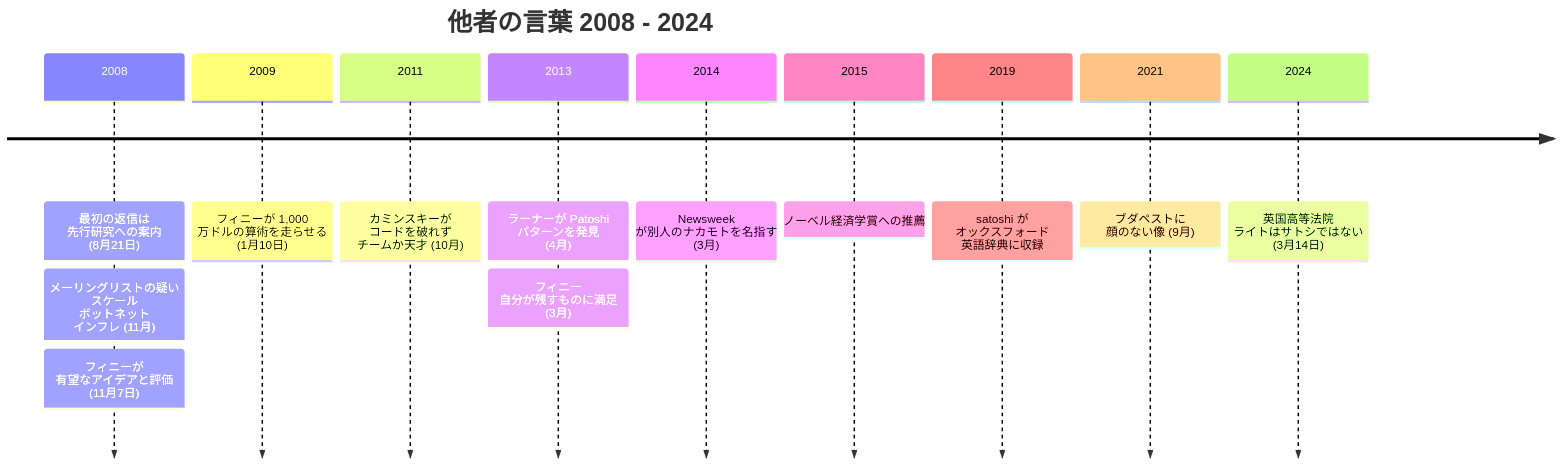
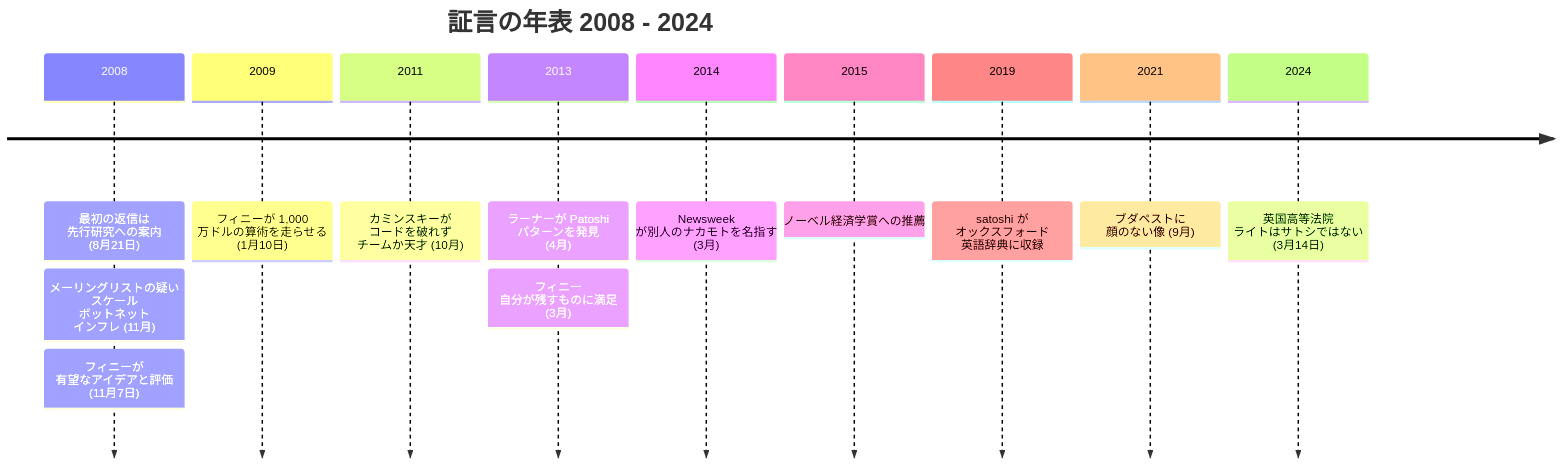
One commit to cypher256/BitcoinArchive changed the diagram in src/data/translations/ja/analysis/2008-08-21-what-they-said-about-satoshi.md. Above: the diagram before and after it, drawn with Mermaid.

Commit message:
Fix unnatural mermaid title on the Satoshi-testimonials JA page
The timeline title "other's words" read as an abstract noun phrase
lifted straight from body prose, where it works as part of a full
sentence but not as a standalone diagram caption. Retitled to name
what the diagram actually is -- a chronology of testimonies -- since
the timeline's own data already spans the whole page, sections 1-5.

````diff
--- a/src/data/translations/ja/analysis/2008-08-21-what-they-said-about-satoshi.md
+++ b/src/data/translations/ja/analysis/2008-08-21-what-they-said-about-satoshi.md
@@ -233,25 +233,25 @@
 ```mermaid
 timeline
-    title 他者の言葉 2008 - 2024
+    title 証言の年表 2008 - 2024
     2008 : 最初の返信は 先行研究への案内 (8月21日)
     %% link: /BitcoinArchive/ja/entries/correspondence/adam-back/2008-08-21-adam-back-to-satoshi-b-money-pointer/
          : メーリングリストの疑い スケール ボットネット インフレ (11月)
     %% link: /BitcoinArchive/ja/entries/emails/cryptography/bitcoin-p2p-e-cash-paper/2008-11-01-re-bitcoin-p2p-e-cash-paper-donald/
          : フィニーが 有望なアイデアと評価 (11月7日)
     %% link: /BitcoinArchive/ja/entries/emails/cryptography/bitcoin-p2p-e-cash-paper/2008-11-07-re-bitcoin-p2p-e-cash-paper-finney/
     2009 : フィニーが 1,000 万ドルの算術を走らせる (1月10日)
     %% link: /BitcoinArchive/ja/entries/emails/cryptography/bitcoin-v0-1-released/2009-01-10-re-bitcoin-v0-1-released-finney/
     2011 : カミンスキーが コードを破れず チームか天才 (10月)
     %% link: /BitcoinArchive/ja/entries/aftermath/2011-10-10-dan-kaminsky-bitcoin-security/
     2013 : ラーナーが Patoshi パターンを発見 (4月)
     %% link: /BitcoinArchive/ja/entries/aftermath/2013-04-17-sergio-lerner-patoshi-analysis/
          : フィニー 自分が残すものに満足 (3月)
     %% link: /BitcoinArchive/ja/entries/aftermath/2013-03-19-bitcoin-and-me-hal-finney/
     2014 : Newsweek が別人のナカモトを名指す (3月)
     %% link: /BitcoinArchive/ja/entries/aftermath/2014-03-06-newsweek-dorian-nakamoto/
     2015 : ノーベル経済学賞への推薦
     2019 : satoshi が オックスフォード 英語辞典に収録
     2021 : ブダペストに 顔のない像 (9月)
     2024 : 英国高等法院 ライトはサトシではない (3月14日)
     %% link: /BitcoinArchive/ja/entries/aftermath/2024-03-14-copa-v-wright-ruling/
 ```
````
